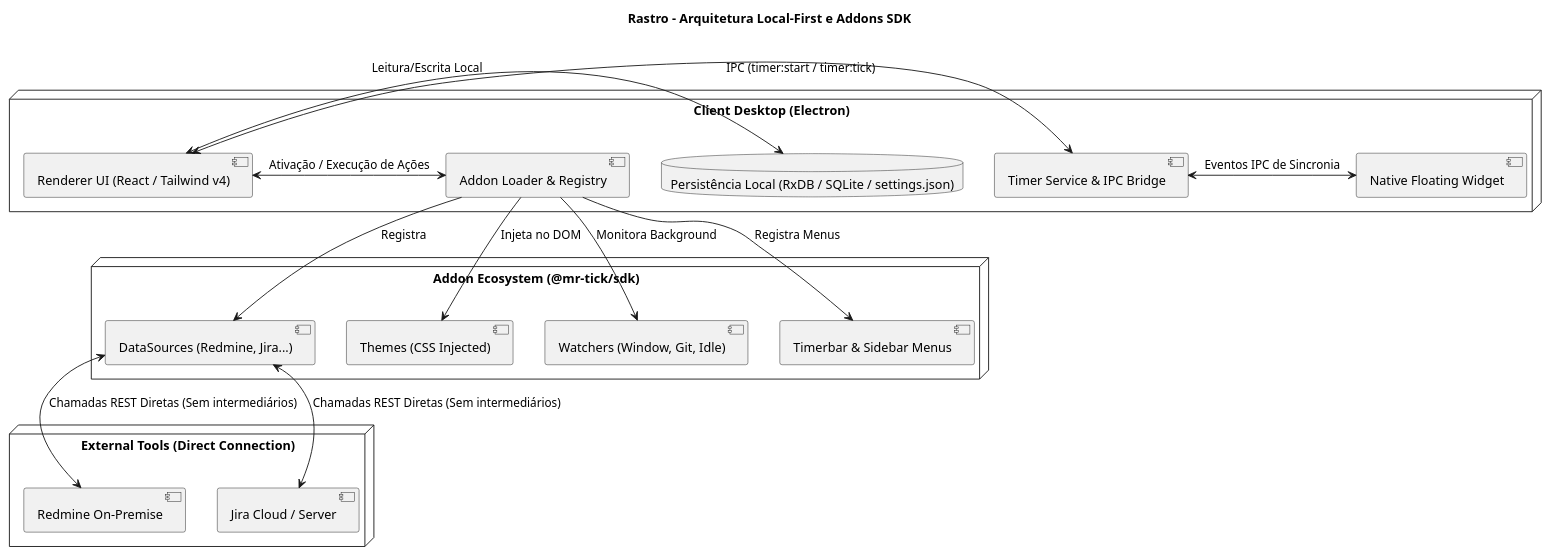
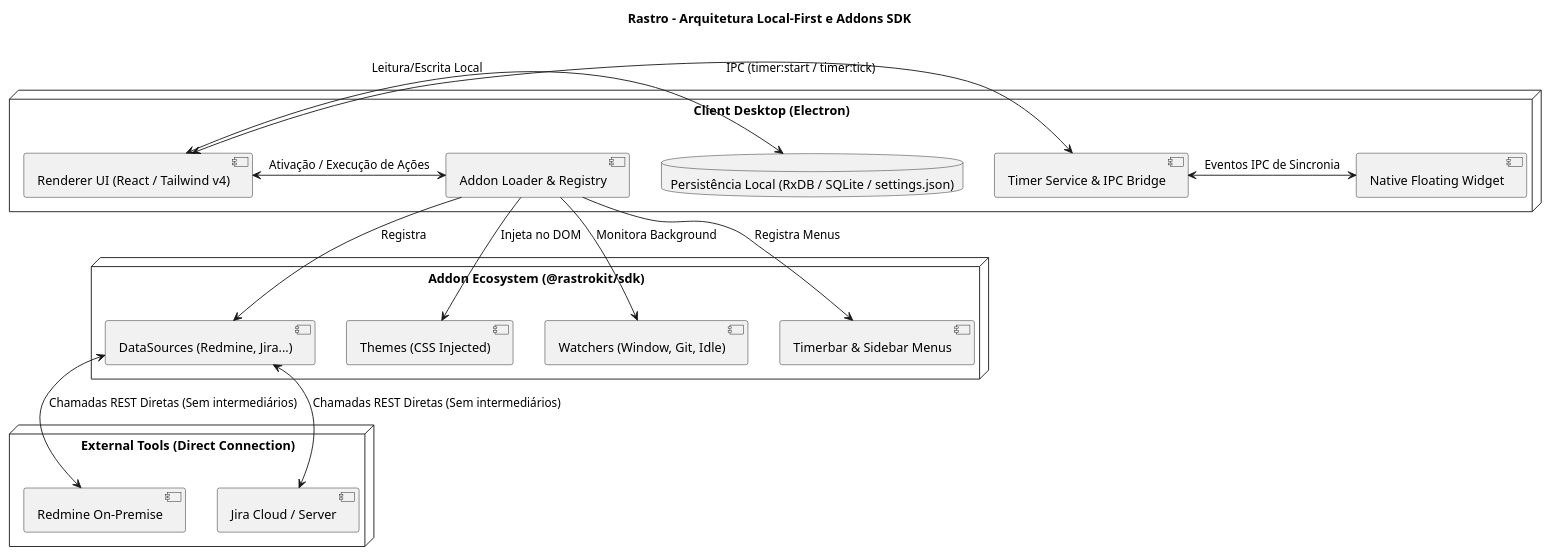
Before and after one commit to Gustavohps10/rastro: the diagram in docs/srs/diagrams/puml/infra/diagram-infra-001-architecture.puml, drawn with PlantUML. The commit also changed 645 other files, not shown here.

```diff
--- a/docs/srs/diagrams/puml/infra/diagram-infra-001-architecture.puml
+++ b/docs/srs/diagrams/puml/infra/diagram-infra-001-architecture.puml
@@ -1,35 +1,35 @@
 @startuml Architecture
 title Rastro - Arquitetura Local-First e Addons SDK
 
 node "Client Desktop (Electron)" {
     component "Renderer UI (React / Tailwind v4)" as UI
     component "Timer Service & IPC Bridge" as MainTimer
     component "Addon Loader & Registry" as AddonLoader
     database "Persistência Local (RxDB / SQLite / settings.json)" as DB
     component "Native Floating Widget" as Widget
 }
 
-node "Addon Ecosystem (@mr-tick/sdk)" {
+node "Addon Ecosystem (@rastrokit/sdk)" {
     [DataSources (Redmine, Jira...)] as DS
     [Themes (CSS Injected)] as Themes
     [Watchers (Window, Git, Idle)] as Watchers
     [Timerbar & Sidebar Menus] as Menus
 }
 
 node "External Tools (Direct Connection)" {
     [Redmine On-Premise] as RedmineServer
     [Jira Cloud / Server] as JiraServer
 }
 
 UI <-> MainTimer : IPC (timer:start / timer:tick)
 UI <-> DB : Leitura/Escrita Local
 MainTimer <-> Widget : Eventos IPC de Sincronia
 UI <-> AddonLoader : Ativação / Execução de Ações
 AddonLoader --> DS : Registra
 AddonLoader --> Themes : Injeta no DOM
 AddonLoader --> Watchers : Monitora Background
 AddonLoader --> Menus : Registra Menus
 
 DS <--> RedmineServer : Chamadas REST Diretas (Sem intermediários)
 DS <--> JiraServer : Chamadas REST Diretas (Sem intermediários)
 @enduml
```
